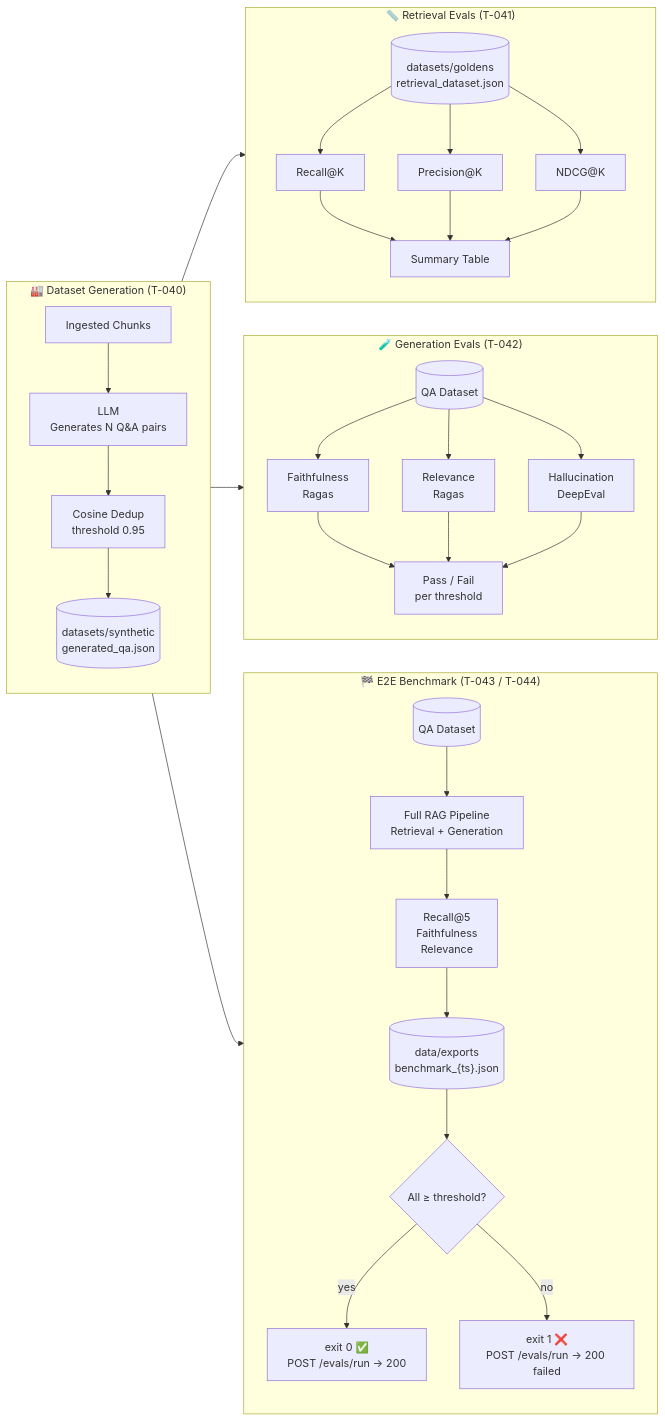
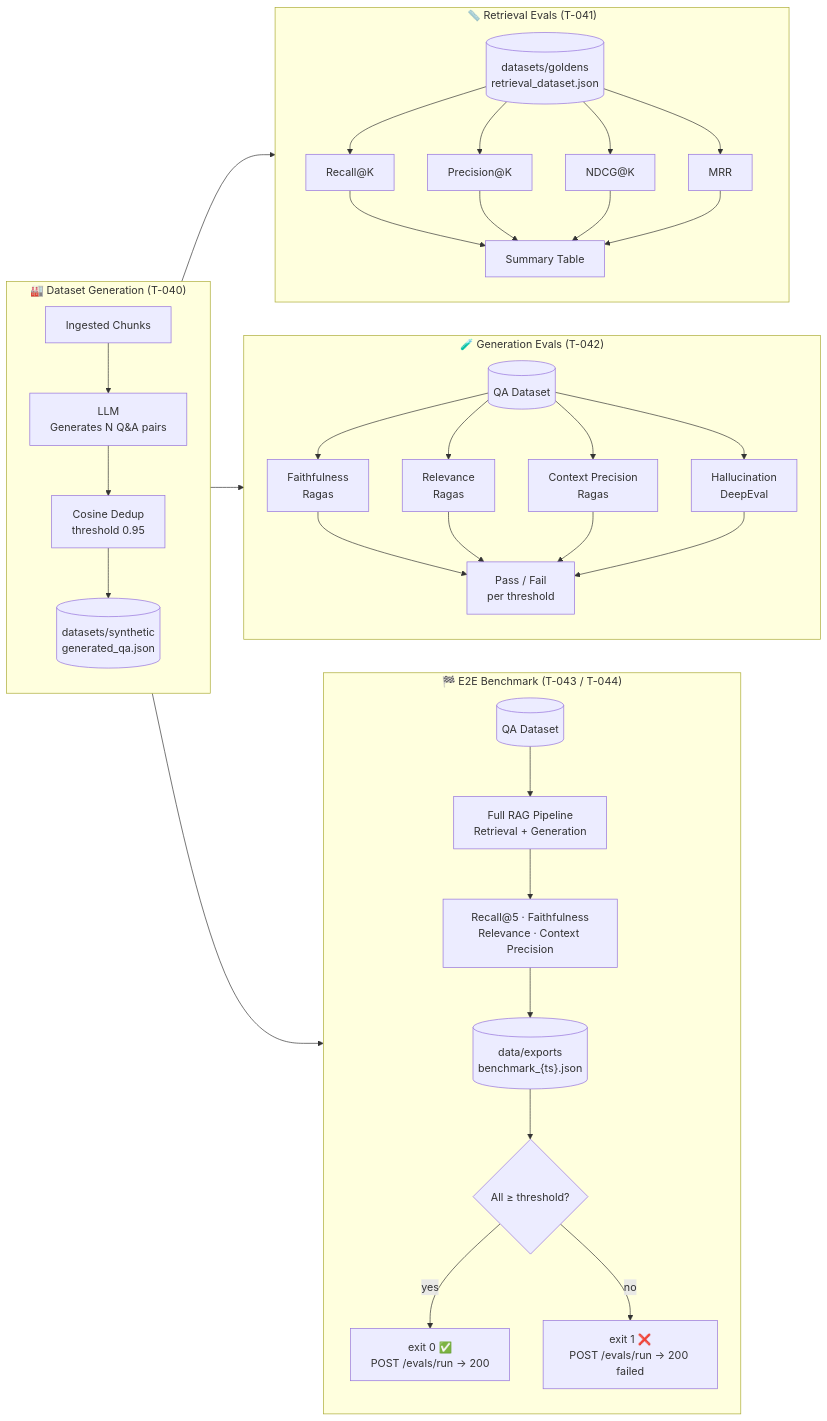
The eighth of 10 diagrams in README.md (ealbertoav/rag_platform), drawn with Mermaid before and after one commit. The commit also changed other lines of this file and 27 other files, not shown here.

First line of the commit message:
feat: model switching, comparison script, MRR + context precision metrics

````diff
--- a/README.md
+++ b/README.md
@@ -615,35 +664,37 @@
 ```mermaid
 flowchart LR
     subgraph GEN["🏭 Dataset Generation (T-040)"]
         IC[Ingested Chunks] --> LLM2["LLM<br/>Generates N Q&A pairs"]
         LLM2 --> DED["Cosine Dedup<br/>threshold 0.95"]
         DED --> QA[("datasets/synthetic<br/>generated_qa.json")]
     end
 
     subgraph RET["📏 Retrieval Evals (T-041)"]
         QA2[("datasets/goldens<br/>retrieval_dataset.json")] --> R1["Recall@K"]
         QA2 --> R2["Precision@K"]
         QA2 --> R3["NDCG@K"]
-        R1 & R2 & R3 --> RT[Summary Table]
+        QA2 --> R4["MRR"]
+        R1 & R2 & R3 & R4 --> RT[Summary Table]
     end
 
     subgraph GEN2["🧪 Generation Evals (T-042)"]
         QA3[("QA Dataset")] --> F["Faithfulness<br/>Ragas"]
         QA3 --> RV["Relevance<br/>Ragas"]
+        QA3 --> CP["Context Precision<br/>Ragas"]
         QA3 --> H["Hallucination<br/>DeepEval"]
-        F & RV & H --> GR["Pass / Fail<br/>per threshold"]
+        F & RV & CP & H --> GR["Pass / Fail<br/>per threshold"]
     end
 
     subgraph E2E["🏁 E2E Benchmark (T-043 / T-044)"]
         QA4[("QA Dataset")] --> PIPE["Full RAG Pipeline<br/>Retrieval + Generation"]
-        PIPE --> MET["Recall@5<br/>Faithfulness<br/>Relevance"]
+        PIPE --> MET["Recall@5 · Faithfulness<br/>Relevance · Context Precision"]
         MET --> RPT[("data/exports<br/>benchmark_{ts}.json")]
         RPT --> EXIT{All ≥ threshold?}
         EXIT -->|yes| PASS["exit 0 ✅<br/>POST /evals/run → 200"]
         EXIT -->|no| FAIL["exit 1 ❌<br/>POST /evals/run → 200 failed"]
     end
 
     GEN --> RET
     GEN --> GEN2
     GEN --> E2E
 ```
````
